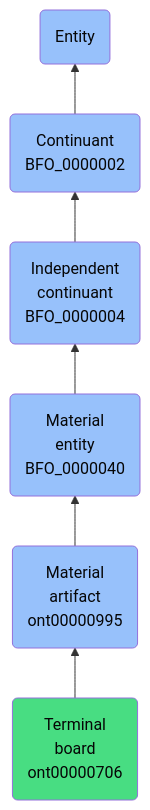
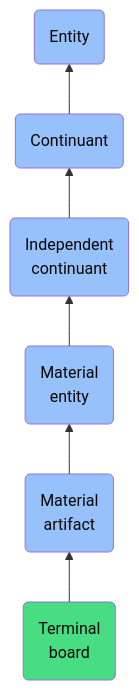
Before and after one commit to jupyter-naas/abi: the diagram in docs/ontology/reference/model/Entity/Continuant/Independent continuant/Material entity/Material artifact/Terminal board/Terminal board.md, drawn with Mermaid. The commit also changed other lines of this file and 1430 other files, not shown here.

````diff
--- a/docs/ontology/reference/model/Entity/Continuant/Independent continuant/Material entity/Material artifact/Terminal board/Terminal board.md
+++ b/docs/ontology/reference/model/Entity/Continuant/Independent continuant/Material entity/Material artifact/Terminal board/Terminal board.md
@@ -24,13 +24,13 @@
 ```mermaid
 graph BT
-    ont00000706(Terminal<br>board<br>ont00000706):::ABI-->ont00000995
-    ont00000995(Material<br>artifact<br>ont00000995):::BFO-->BFO_0000040
-    BFO_0000040(Material<br>entity<br>BFO_0000040):::BFO-->BFO_0000004
-    BFO_0000004(Independent<br>continuant<br>BFO_0000004):::BFO-->BFO_0000002
-    BFO_0000002(Continuant<br>BFO_0000002):::BFO-->BFO_0000001
+    ont00000706(Terminal<br>board):::ABI-->ont00000995
+    ont00000995(Material<br>artifact):::BFO-->BFO_0000040
+    BFO_0000040(Material<br>entity):::BFO-->BFO_0000004
+    BFO_0000004(Independent<br>continuant):::BFO-->BFO_0000002
+    BFO_0000002(Continuant):::BFO-->BFO_0000001
     BFO_0000001(Entity):::BFO
     
     classDef BFO fill:#97c1fb,color:#060606
     classDef CCO fill:#e4c51e,color:#060606
     classDef ABI fill:#48DD82,color:#060606
 ```
````
